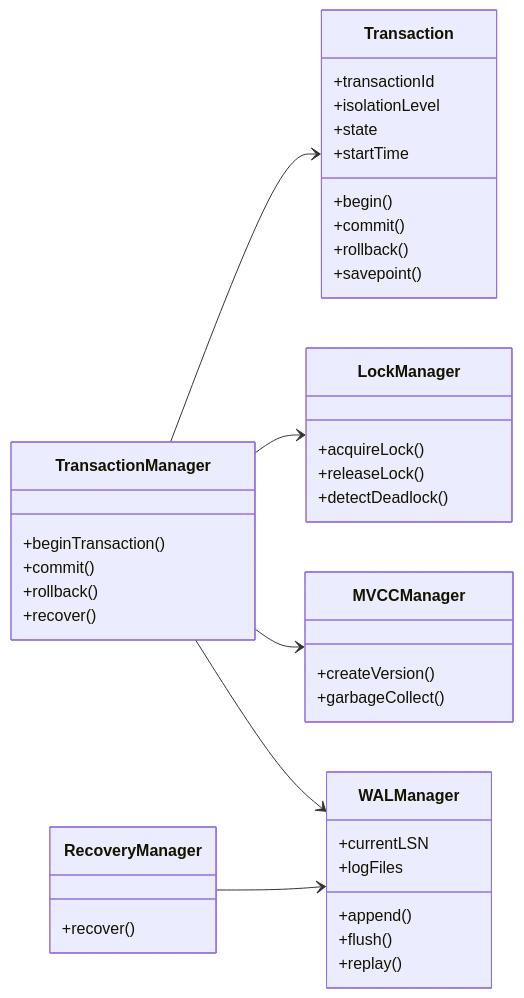
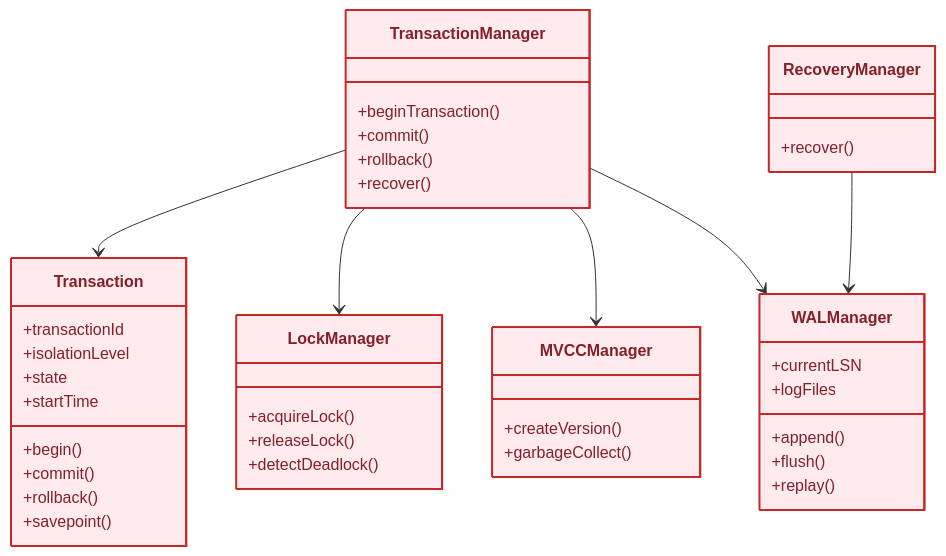
One commit to Huy1801214/dbms-architecture changed diagram 11 of 19 in docs/README.md. Above: the diagram before and after it, drawn with Mermaid. The commit also changed other lines of this file, not shown here.

Commit message:
add system architecture and class diagrams for DBMS design

````diff
--- a/docs/README.md
+++ b/docs/README.md
@@ -736,54 +1350,64 @@
 ```mermaid
 classDiagram
-direction LR
+direction TB
 
 class Transaction{
     +transactionId
     +isolationLevel
     +state
     +startTime
 
     +begin()
     +commit()
     +rollback()
     +savepoint()
 }
 
 class TransactionManager{
     +beginTransaction()
     +commit()
     +rollback()
     +recover()
 }
 
 class LockManager{
     +acquireLock()
     +releaseLock()
     +detectDeadlock()
 }
 
 class MVCCManager{
     +createVersion()
     +garbageCollect()
 }
 
 class WALManager{
     +currentLSN
     +logFiles
 
     +append()
     +flush()
     +replay()
 }
 
 class RecoveryManager{
     +recover()
 }
 
 TransactionManager --> Transaction
 TransactionManager --> LockManager
 TransactionManager --> MVCCManager
 TransactionManager --> WALManager
 
 RecoveryManager --> WALManager
+
+%% =====================================================
+%% STYLING DEFINITIONS
+%% =====================================================
+style Transaction fill:#ffebee,stroke:#c62828,stroke-width:2px,color:#842029
+style TransactionManager fill:#ffebee,stroke:#c62828,stroke-width:2px,color:#842029
+style LockManager fill:#ffebee,stroke:#c62828,stroke-width:2px,color:#842029
+style MVCCManager fill:#ffebee,stroke:#c62828,stroke-width:2px,color:#842029
+style WALManager fill:#ffebee,stroke:#c62828,stroke-width:2px,color:#842029
+style RecoveryManager fill:#ffebee,stroke:#c62828,stroke-width:2px,color:#842029
 ```
````
